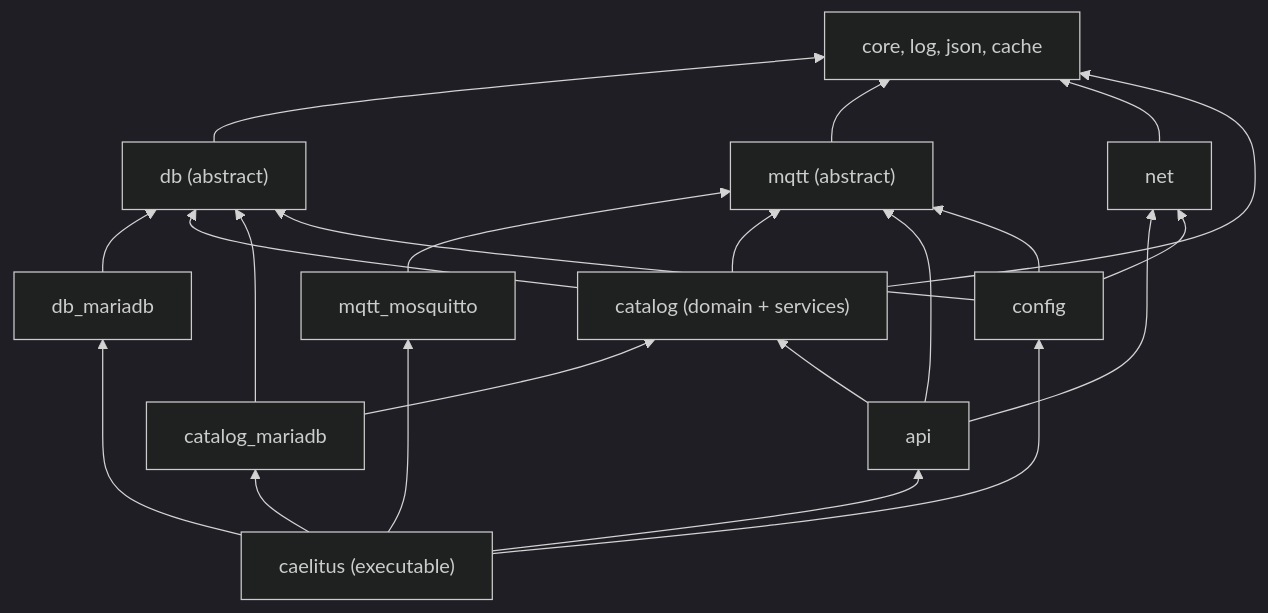
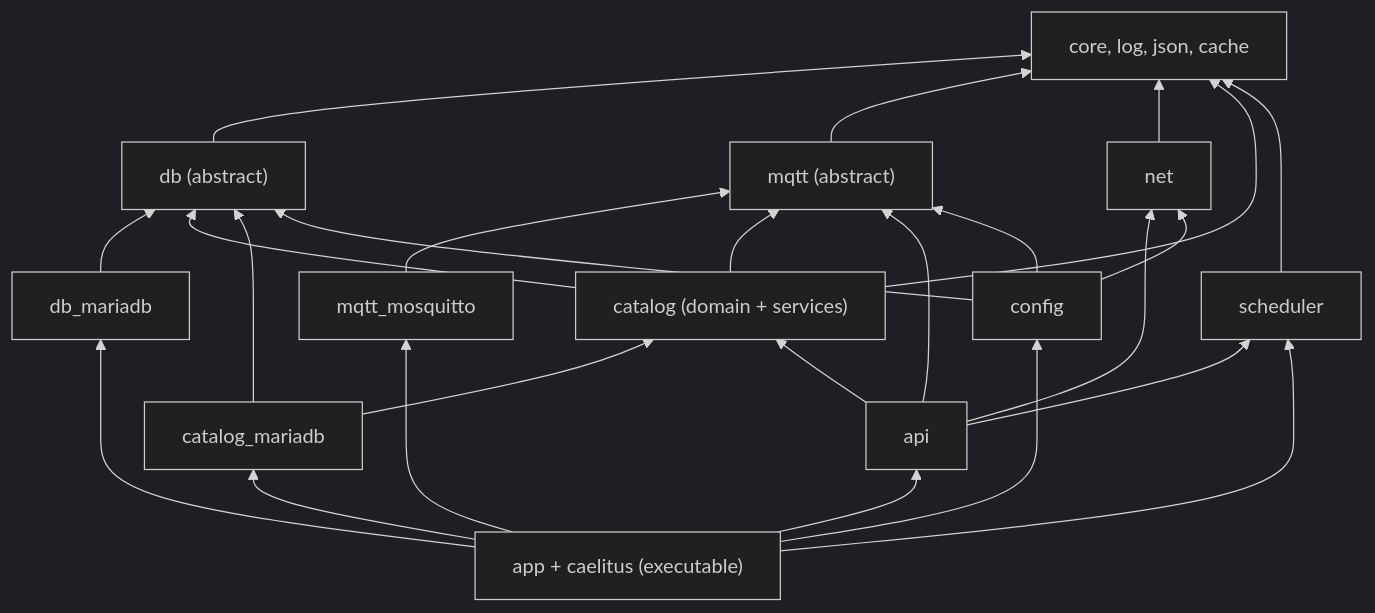
The second of 5 diagrams in README.md (elampros/caelitus), drawn with Mermaid (dark theme) before and after one commit. The commit also changed other lines of this file and 48 other files, not shown here.

First line of the commit message:
Add scheduler module, health monitor and operations API

````diff
--- a/README.md
+++ b/README.md
@@ -512,14 +524,15 @@
 ```mermaid
 flowchart BT
     base["core, log, json, cache"]
     db["db (abstract)"] --> base
     mqtt["mqtt (abstract)"] --> base
     net --> base
     db_mariadb --> db
     mqtt_mosquitto --> mqtt
     catalog["catalog (domain + services)"] --> db & mqtt & base
     catalog_mariadb --> catalog & db
-    api --> catalog & net & mqtt
+    scheduler --> base
+    api --> catalog & net & mqtt & scheduler
     config --> db & mqtt & net
-    app["caelitus (executable)"] --> api & config & catalog_mariadb & db_mariadb & mqtt_mosquitto
+    app["app + caelitus (executable)"] --> api & config & catalog_mariadb & db_mariadb & mqtt_mosquitto & scheduler
 ```
````
